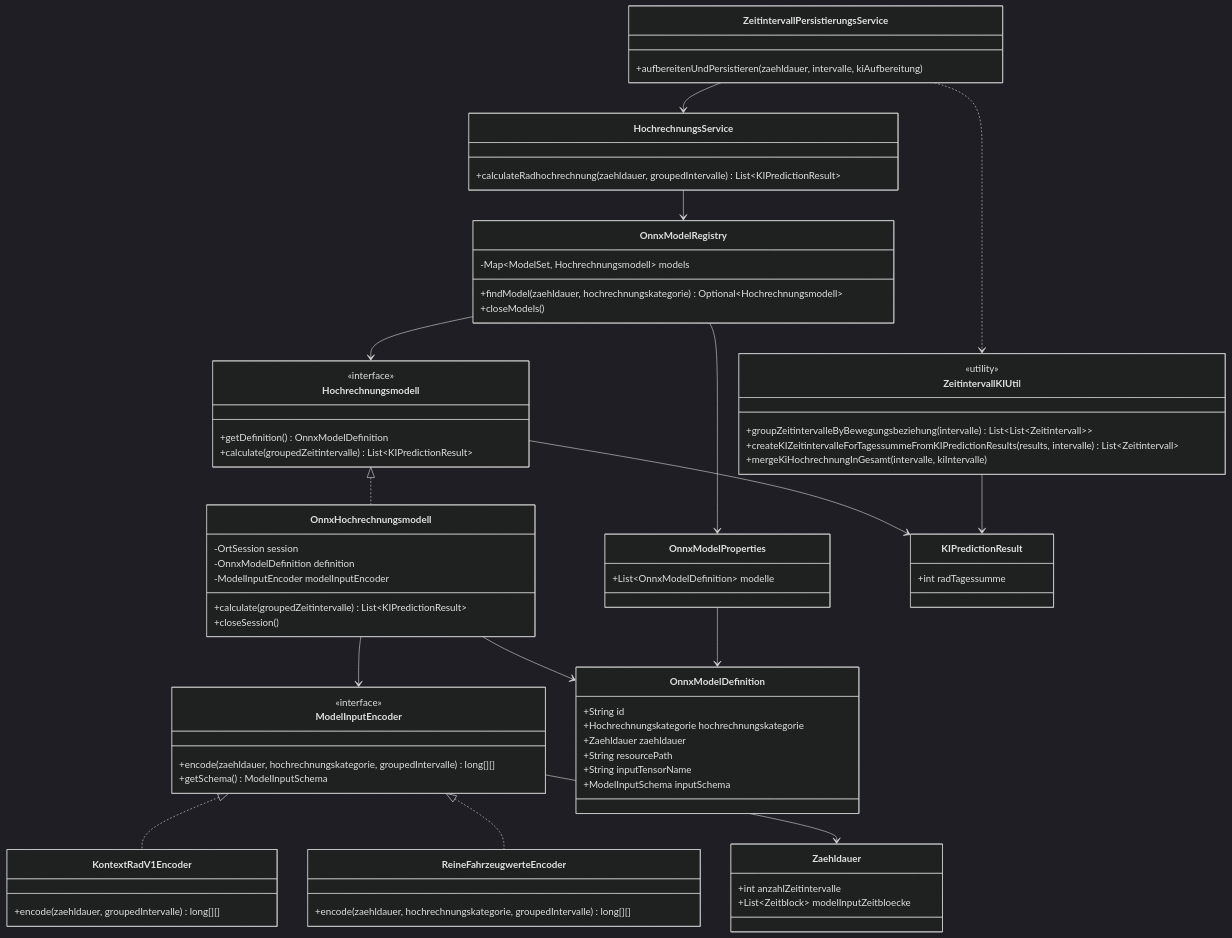
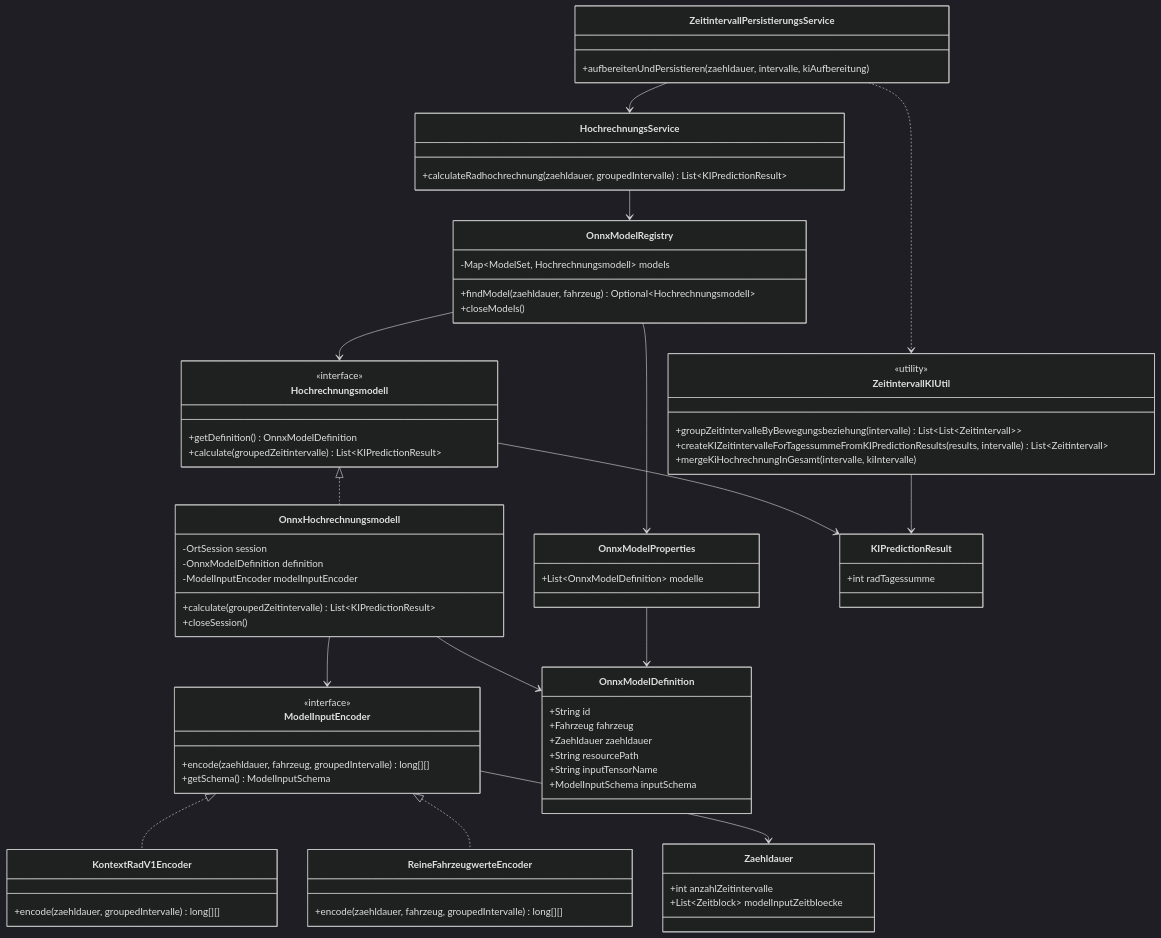
Before and after one commit to it-at-m/dave-backend: the diagram in docs/plan-ki-rad-hochrechnung-13h-16h.md, drawn with Mermaid (dark theme). The commit also changed other lines of this file and 15 other files, not shown here.

Commit message:
raplace Hochrechnungskategorie with existend enum Fahrzeug

```diff
--- a/docs/plan-ki-rad-hochrechnung-13h-16h.md
+++ b/docs/plan-ki-rad-hochrechnung-13h-16h.md
@@ -50,7 +50,7 @@
 
     class OnnxModelRegistry {
         -Map~ModelSet, Hochrechnungsmodell~ models
-        +findModel(zaehldauer, hochrechnungskategorie) Optional~Hochrechnungsmodell~
+        +findModel(zaehldauer, fahrzeug) Optional~Hochrechnungsmodell~
         +closeModels()
     }
 
@@ -70,7 +70,7 @@
 
     class ModelInputEncoder {
         <<interface>>
-        +encode(zaehldauer, hochrechnungskategorie, groupedIntervalle) long[][]
+        +encode(zaehldauer, fahrzeug, groupedIntervalle) long[][]
         +getSchema() ModelInputSchema
     }
 
@@ -79,12 +79,12 @@
     }
 
     class ReineFahrzeugwerteEncoder {
-        +encode(zaehldauer, hochrechnungskategorie, groupedIntervalle) long[][]
+        +encode(zaehldauer, fahrzeug, groupedIntervalle) long[][]
     }
 
     class OnnxModelDefinition {
         +String id
-        +Hochrechnungskategorie hochrechnungskategorie
+        +Fahrzeug fahrzeug
         +Zaehldauer zaehldauer
         +String resourcePath
         +String inputTensorName
```
